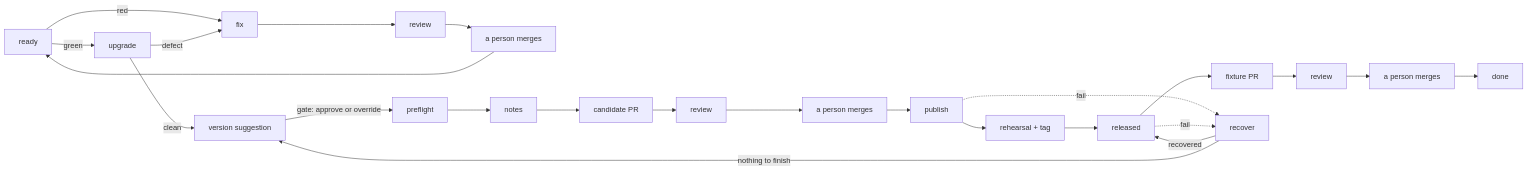
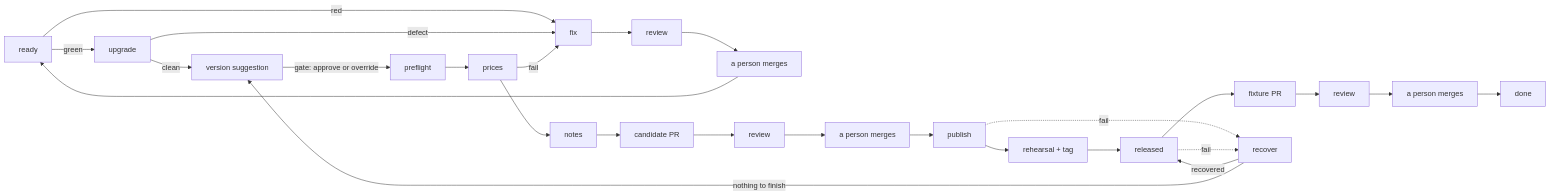
The diagram in docs/releasing.md (marvingygas/spoolway), drawn with Mermaid before and after one commit. The commit also changed other lines of this file and 7 other files, not shown here.

````diff
--- a/docs/releasing.md
+++ b/docs/releasing.md
@@ -8,12 +8,13 @@
 ```mermaid
 flowchart LR
   R[ready] -->|red| X[fix] --> M[review] --> W1[a person merges] --> R
   R -->|green| U[upgrade] -->|defect| X
-  U -->|clean| S[version suggestion] -->|gate: approve or override| A[preflight] --> B[notes]
+  U -->|clean| S[version suggestion] -->|gate: approve or override| A[preflight] --> PR[prices] --> B[notes]
+  PR -->|fail| X
   B --> C[candidate PR] --> N[review] --> W2[a person merges] --> P[publish]
   P --> E[rehearsal + tag] --> V[released] --> Z[fixture PR] --> Q[review] --> W3[a person merges] --> D[done]
   P -.->|fail| RC[recover]
   V -.->|fail| RC
   RC -->|recovered| V
   RC -->|nothing to finish| S
 ```
````
